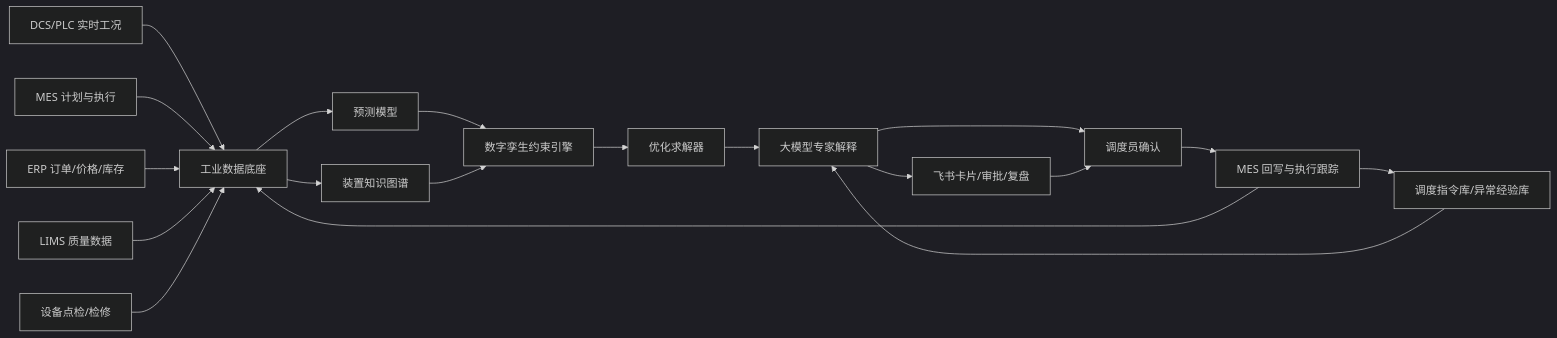
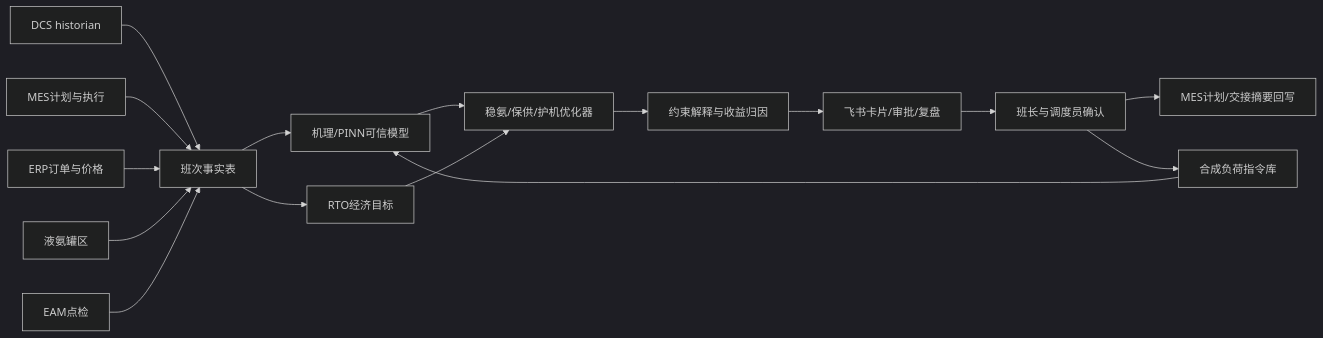
Before and after one commit to zhijinDeng/synthesis-ammonia: the diagram in docs/architecture.md, drawn with Mermaid (dark theme). The commit also changed other lines of this file and 17 other files, not shown here.

````diff
--- a/docs/architecture.md
+++ b/docs/architecture.md
@@ -24,21 +17,35 @@
 ```mermaid
+
 flowchart LR
-  A[DCS/PLC 实时工况] --> D[工业数据底座]
-  B[MES 计划与执行] --> D
-  C[ERP 订单/价格/库存] --> D
-  E[LIMS 质量数据] --> D
-  F[设备点检/检修] --> D
-  D --> G[预测模型]
-  D --> H[装置知识图谱]
-  G --> I[数字孪生约束引擎]
-  H --> I
-  I --> J[优化求解器]
-  J --> K[大模型专家解释]
-  K --> L[调度员确认]
-  K --> O[飞书卡片/审批/复盘]
-  O --> L[调度员确认]
-  L --> M[MES 回写与执行跟踪]
-  M --> D
-  M --> N[调度指令库/异常经验库]
-  N --> K
+
+  DCS[DCS historian] --> DATA[班次事实表]
+
+  MES[MES计划与执行] --> DATA
+
+  ERP[ERP订单与价格] --> DATA
+
+  TANK[液氨罐区] --> DATA
+
+  EAM[EAM点检] --> DATA
+
+  DATA --> MODEL[机理/PINN可信模型]
+
+  DATA --> RTO[RTO经济目标]
+
+  MODEL --> OPT[稳氨/保供/护机优化器]
+
+  RTO --> OPT
+
+  OPT --> EXPLAIN[约束解释与收益归因]
+
+  EXPLAIN --> FEISHU[飞书卡片/审批/复盘]
+
+  FEISHU --> HUMAN[班长与调度员确认]
+
+  HUMAN --> MESWRITE[MES计划/交接摘要回写]
+
+  HUMAN --> KB[合成负荷指令库]
+
+  KB --> MODEL
+
 ```
````
